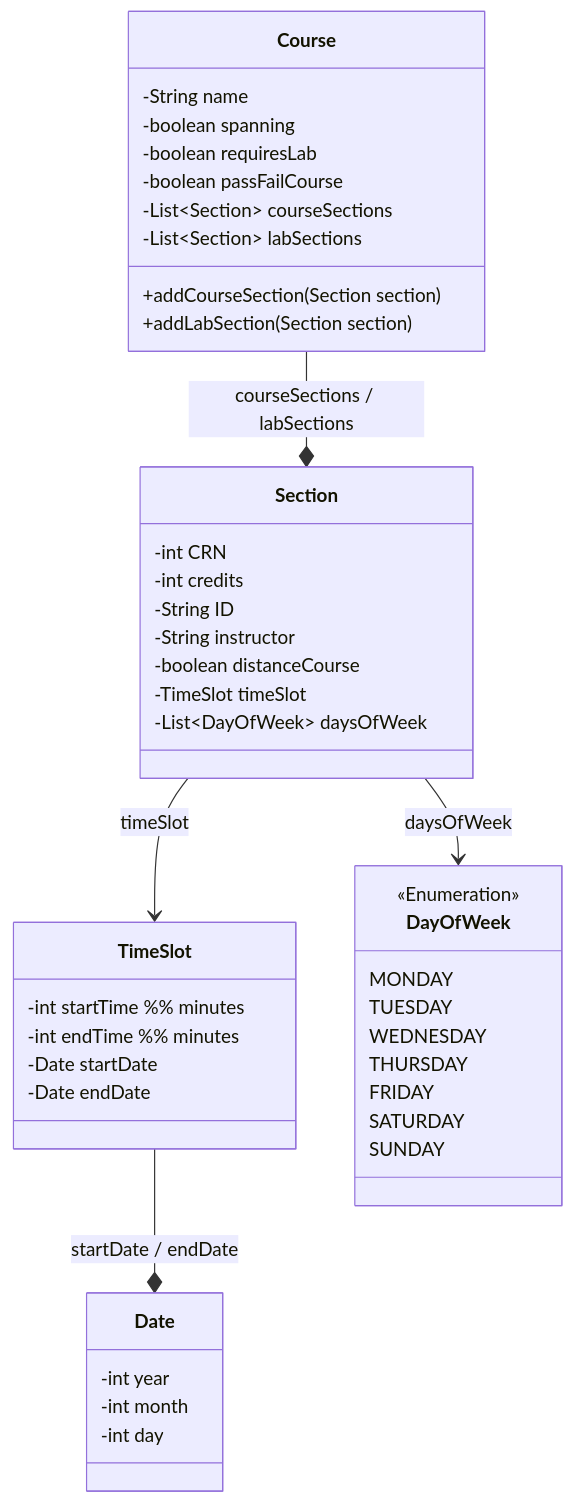
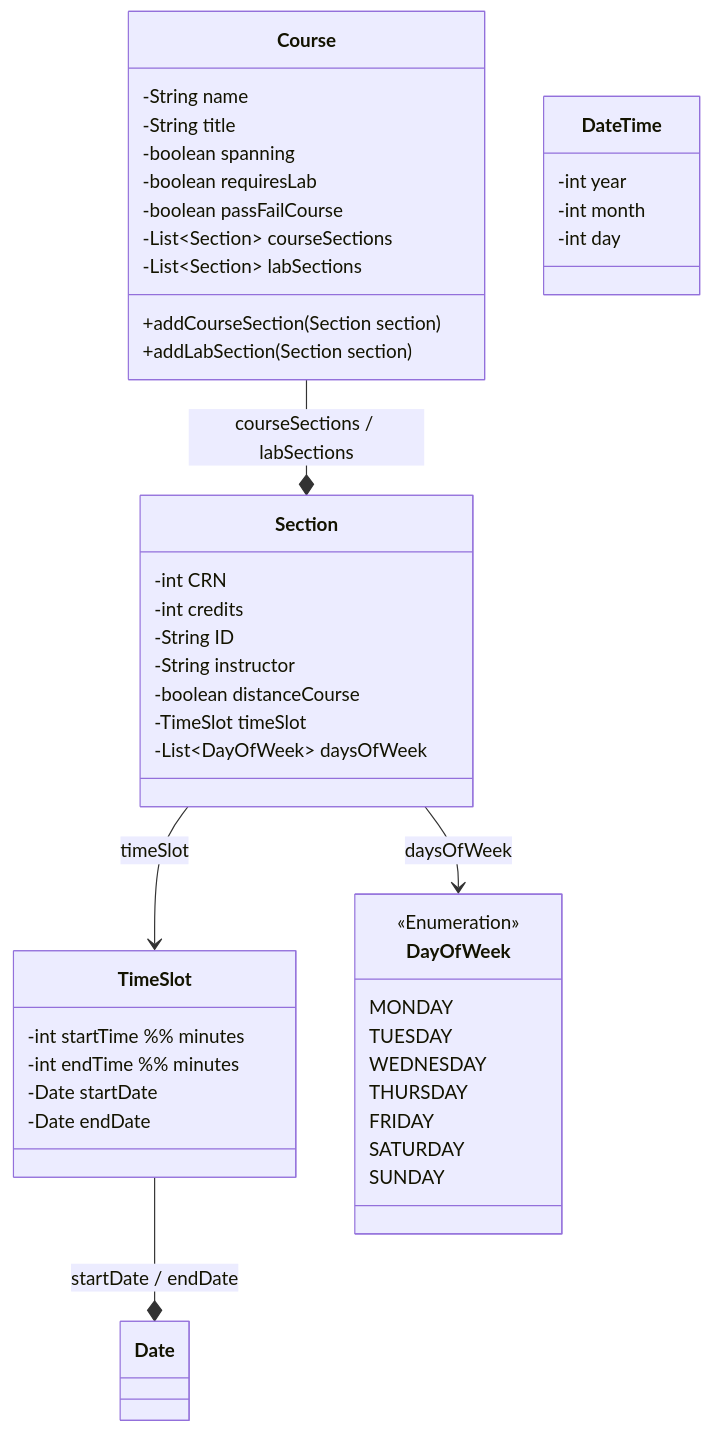
Before and after one commit to Onniikun/UM_Course_Planner: the diagram in UML.md, drawn with Mermaid. The commit also changed 2 other files, not shown here.

Commit message:
please work

````diff
--- a/UML.md
+++ b/UML.md
@@ -1,53 +1,54 @@
 ```mermaid
 classDiagram
     class Course {
         -String name
+        -String title
         -boolean spanning
         -boolean requiresLab
         -boolean passFailCourse
         -List~Section~ courseSections
         -List~Section~ labSections
         +addCourseSection(Section section)
         +addLabSection(Section section)
     }
 
     class Section {
         -int CRN
         -int credits
         -String ID
         -String instructor
         -boolean distanceCourse
         -TimeSlot timeSlot
         -List~DayOfWeek~ daysOfWeek
     }
 
     class TimeSlot {
         -int startTime %% minutes
         -int endTime %% minutes
         -Date startDate
         -Date endDate
     }
 
     class DayOfWeek {
         <<Enumeration>>
         MONDAY
         TUESDAY
         WEDNESDAY
         THURSDAY
         FRIDAY
         SATURDAY
         SUNDAY
     }
 
-    class Date {
+    class DateTime {
         -int year
         -int month
         -int day
     }
 
     %% Class Relationships
     Course --* Section : courseSections / labSections
     Section --> TimeSlot : timeSlot
     Section --> DayOfWeek : daysOfWeek
     TimeSlot --* Date : startDate / endDate
 ```
````
